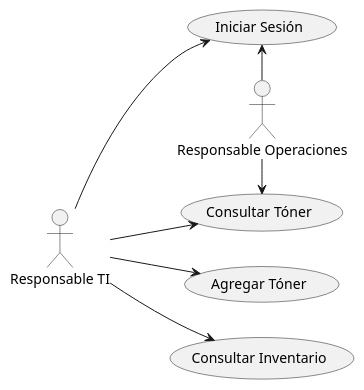
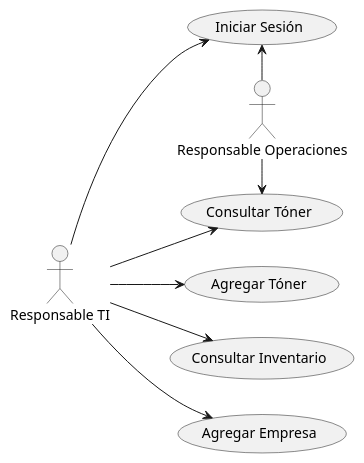
The diagram in DiagramaCaseUse.plantuml (Forero15/DesarrolloSoftware), drawn with PlantUML before and after one commit.

Commit message:
Version UML

```diff
--- a/DiagramaCaseUse.plantuml
+++ b/DiagramaCaseUse.plantuml
@@ -1,22 +1,24 @@
 @startuml
 
 left to right direction
 actor "Responsable TI" as resIT
 actor "Responsable Operaciones" as resOpe 
 
 usecase "Iniciar Sesión" as login
 usecase "Agregar Tóner" as agregarToner
 usecase "Consultar Tóner" as consultaToner
 usecase "Consultar Inventario"as consulInv
+usecase "Agregar Empresa" as agregarEmpresa
 
 resIT --> login
 resIT --> agregarToner
 resIT --> consultaToner
 resIT --> consulInv
+resIT --> agregarEmpresa
 
 
 
 login <- resOpe
 consultaToner <--left-- resOpe
 
 @enduml
```
